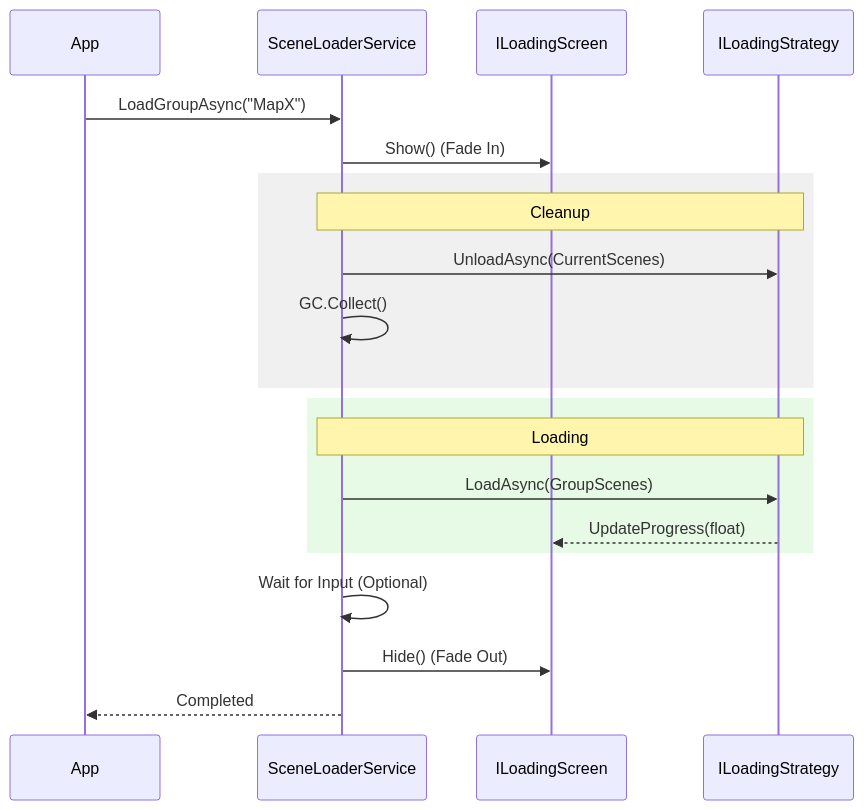
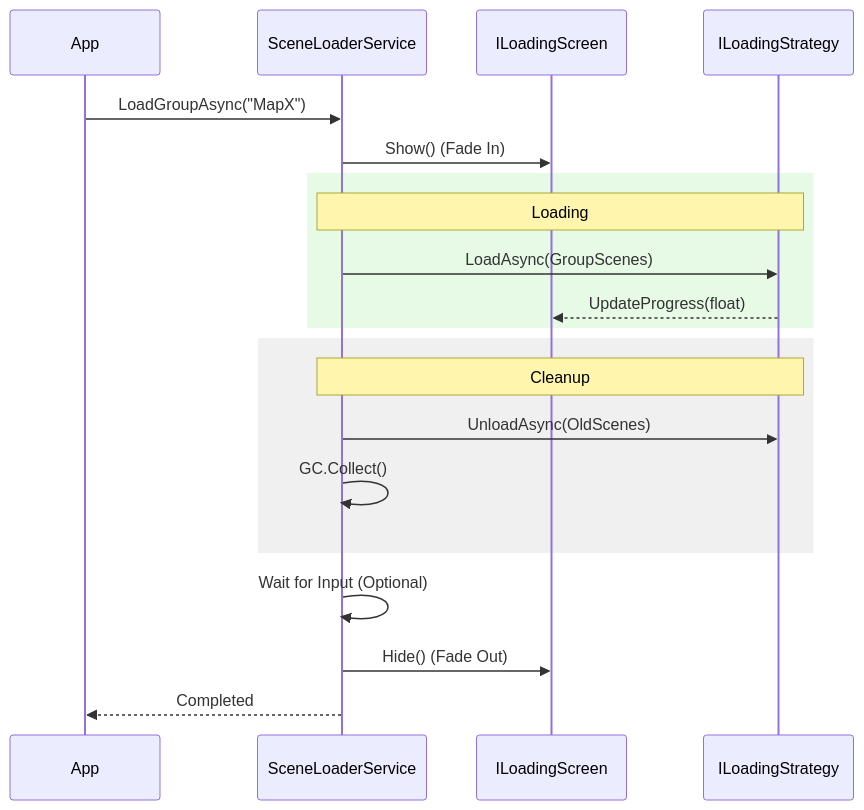
The second of 2 diagrams in Documentation~/Modules/SceneFlow.md (eraflo/Catalyst), drawn with Mermaid before and after one commit. The commit also changed other lines of this file and 8 other files, not shown here.

````diff
--- a/Documentation~/Modules/SceneFlow.md
+++ b/Documentation~/Modules/SceneFlow.md
@@ -154,26 +155,26 @@
 ```mermaid
 sequenceDiagram
     participant App
     participant SL as SceneLoaderService
     participant UI as ILoadingScreen
     participant Str as ILoadingStrategy
     
     App->>SL: LoadGroupAsync("MapX")
     SL->>UI: Show() (Fade In)
     
-    rect rgb(240, 240, 240)
-        Note over SL, Str: Cleanup
-        SL->>Str: UnloadAsync(CurrentScenes)
-        SL->>SL: GC.Collect()
-    end
-    
     rect rgb(230, 250, 230)
         Note over SL, Str: Loading
         SL->>Str: LoadAsync(GroupScenes)
         Str-->>UI: UpdateProgress(float)
+    end
+
+    rect rgb(240, 240, 240)
+        Note over SL, Str: Cleanup
+        SL->>Str: UnloadAsync(OldScenes)
+        SL->>SL: GC.Collect()
     end
     
     SL->>SL: Wait for Input (Optional)
     SL->>UI: Hide() (Fade Out)
     SL-->>App: Completed
 ```
````
